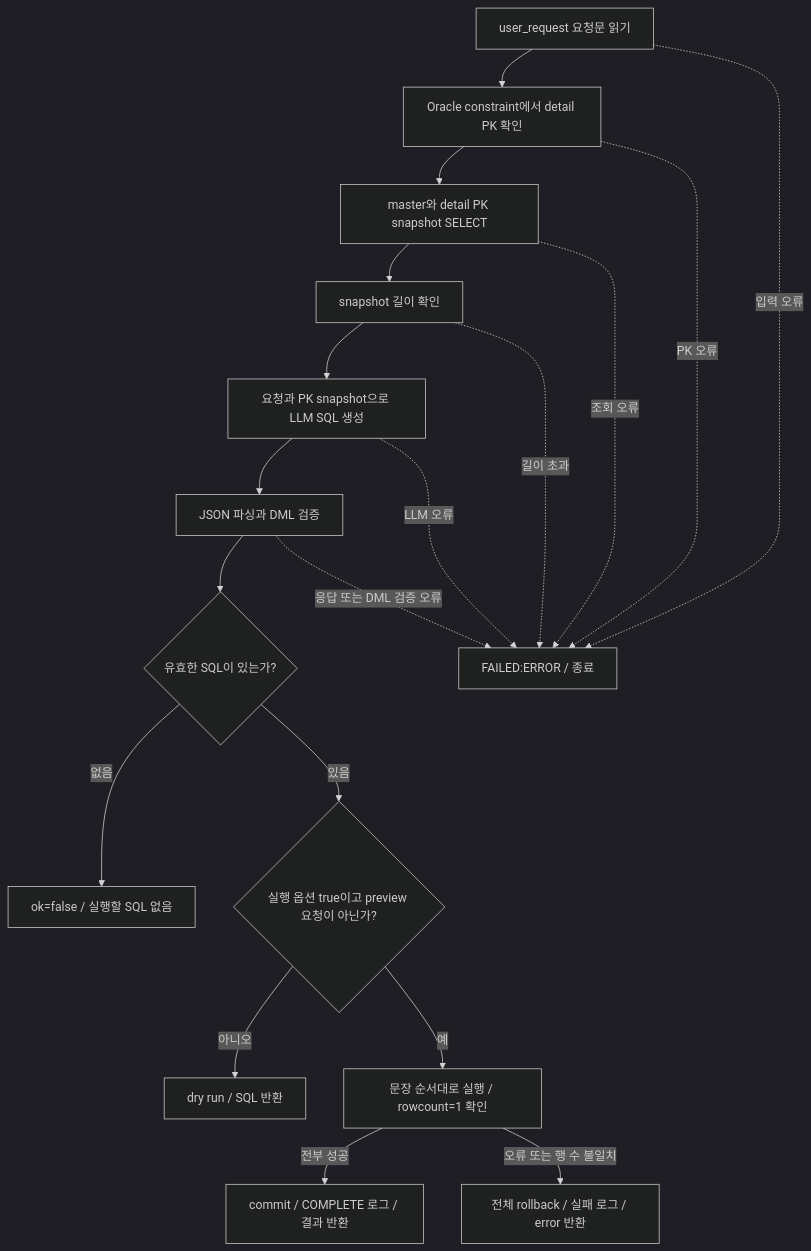
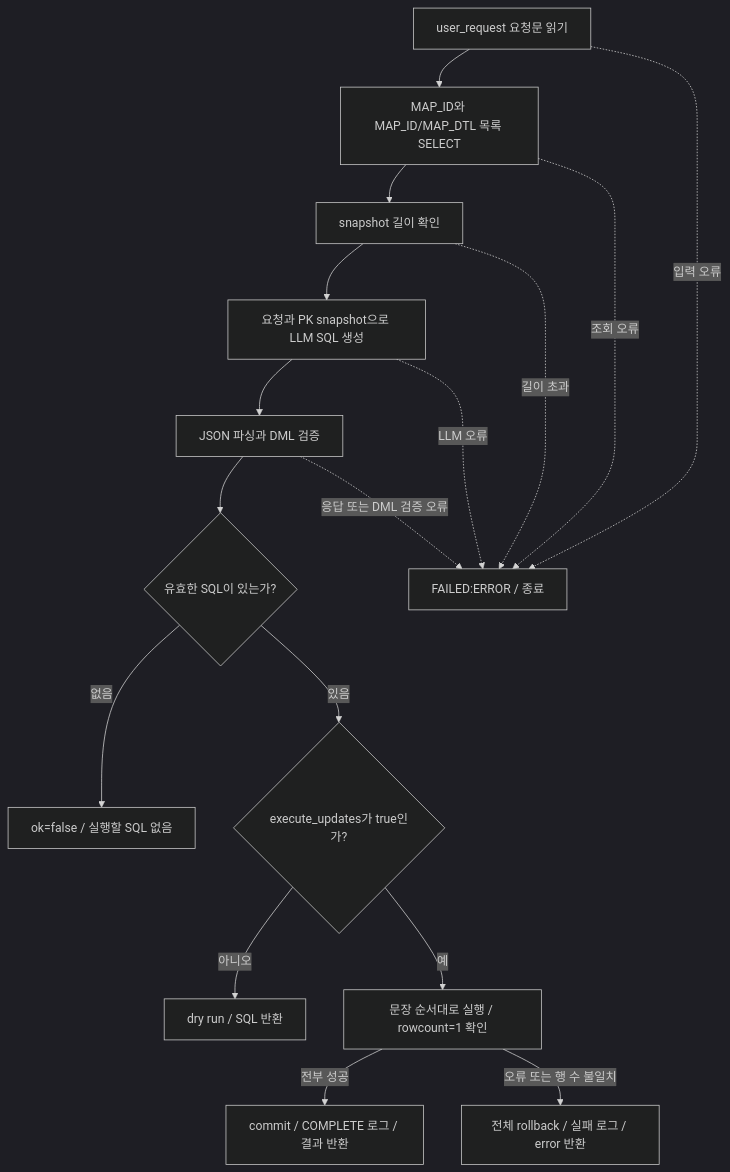
One commit to seongikjin227-jpg/refactoring_smartMigrate changed the diagram in smartMigrate_2.0_Langflow/00_guide/00_mapping_rule_update_flow_log_guide.md. Above: the diagram before and after it, drawn with Mermaid (dark theme). The commit also changed other lines of this file and 8 other files, not shown here.

````diff
--- a/smartMigrate_2.0_Langflow/00_guide/00_mapping_rule_update_flow_log_guide.md
+++ b/smartMigrate_2.0_Langflow/00_guide/00_mapping_rule_update_flow_log_guide.md
@@ -52,21 +46,19 @@
 ```mermaid
 flowchart TD
-    A[user_request 요청문 읽기] --> B[Oracle constraint에서 detail PK 확인]
-    B --> C[master와 detail PK snapshot SELECT]
+    A[user_request 요청문 읽기] --> C[MAP_ID와 MAP_ID/MAP_DTL 목록 SELECT]
     C --> D[snapshot 길이 확인]
     D --> E[요청과 PK snapshot으로 LLM SQL 생성]
     E --> F[JSON 파싱과 DML 검증]
     F --> G{유효한 SQL이 있는가?}
     G -->|없음| H[ok=false / 실행할 SQL 없음]
-    G -->|있음| I{실행 옵션 true이고 preview 요청이 아닌가?}
+    G -->|있음| I{execute_updates가 true인가?}
     I -->|아니오| J[dry run / SQL 반환]
     I -->|예| K[문장 순서대로 실행 / rowcount=1 확인]
     K -->|전부 성공| L[commit / COMPLETE 로그 / 결과 반환]
     K -->|오류 또는 행 수 불일치| M[전체 rollback / 실패 로그 / error 반환]
     A -.->|입력 오류| N[FAILED:ERROR / 종료]
-    B -.->|PK 오류| N
     C -.->|조회 오류| N
     D -.->|길이 초과| N
     E -.->|LLM 오류| N
     F -.->|응답 또는 DML 검증 오류| N
 ```
````
